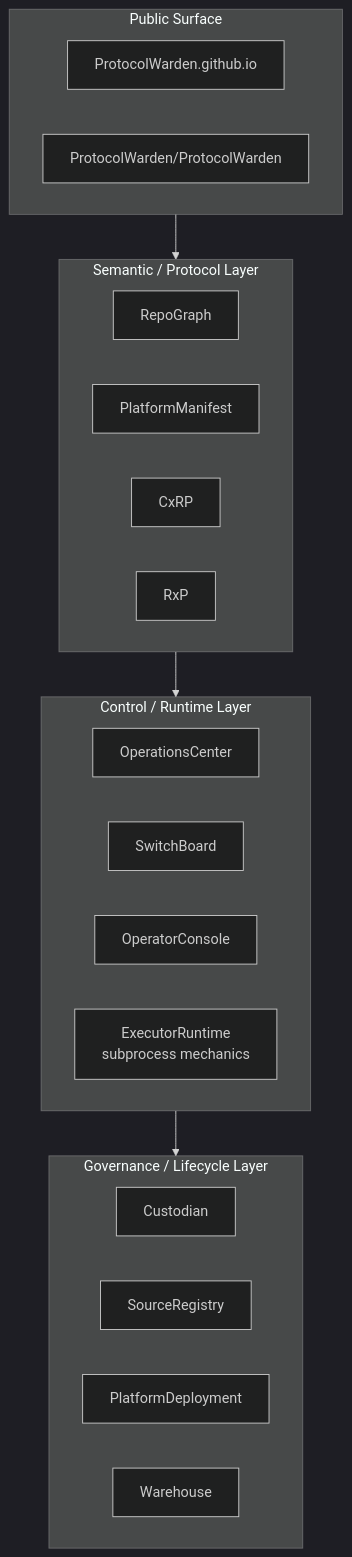
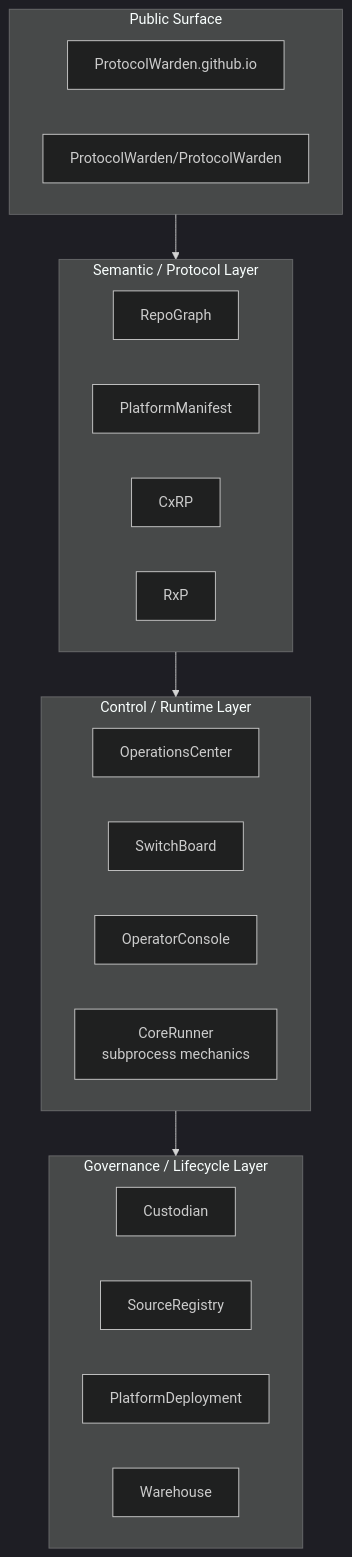
One commit to ProtocolWarden/ProtocolWarden.github.io changed the diagram in docs/diagrams/ecosystem/layered-stack.md. Above: the diagram before and after it, drawn with Mermaid (dark theme). The commit also changed 20 other files, not shown here.

First line of the commit message:
docs: rename ExecutorRuntime → CoreRunner + document safe_run() consolidation

````diff
--- a/docs/diagrams/ecosystem/layered-stack.md
+++ b/docs/diagrams/ecosystem/layered-stack.md
@@ -3,29 +3,29 @@
 ```mermaid
 graph TD
     subgraph surface ["Public Surface"]
         DOCS["ProtocolWarden.github.io"]
         README["ProtocolWarden/ProtocolWarden"]
     end
     subgraph semantic ["Semantic / Protocol Layer"]
         RG[RepoGraph]
         PM[PlatformManifest]
         CX[CxRP]
         RX[RxP]
     end
     subgraph control ["Control / Runtime Layer"]
         OPS[OperationsCenter]
         SB[SwitchBoard]
         OC[OperatorConsole]
-        ER[ExecutorRuntime\nsubprocess mechanics]
+        ER[CoreRunner\nsubprocess mechanics]
     end
     subgraph gov ["Governance / Lifecycle Layer"]
         CU[Custodian]
         SR[SourceRegistry]
         PD[PlatformDeployment]
         WH[Warehouse]
     end
 
     surface --> semantic
     semantic --> control
     control --> gov
 ```
````
